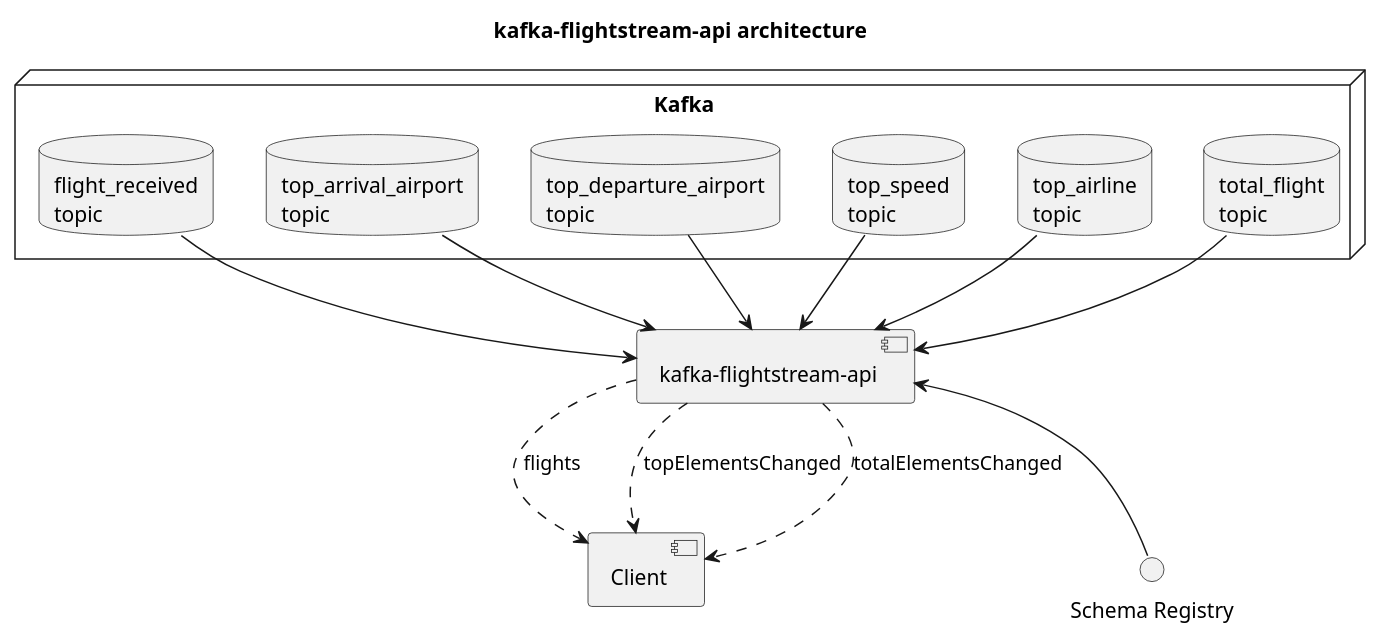
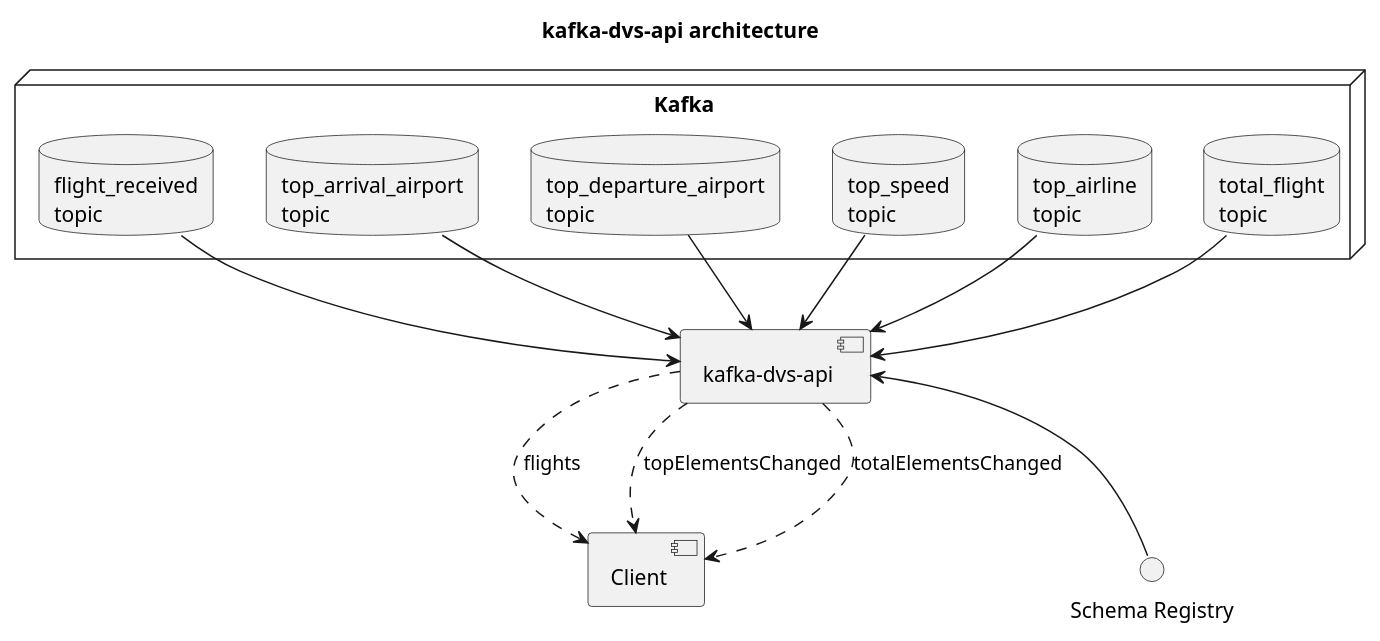
The diagram in docs/diagram.puml (bitrockteam/kafka-dvs-api), drawn with PlantUML before and after one commit. The commit also changed 82 other files, not shown here.

Commit message:
FLIG-59 Replace occurrencies of flightstream with dvs

```diff
--- a/docs/diagram.puml
+++ b/docs/diagram.puml
@@ -1,28 +1,28 @@
 @startuml
-title kafka-flightstream-api architecture
+title kafka-dvs-api architecture
 
-[kafka-flightstream-api] as API
+[kafka-dvs-api] as API
 [Client] as client
 
 interface "Schema Registry" as SchemaRegistry
 
 node Kafka {
     database "flight_received\ntopic" as FlightTopic
     database "top_arrival_airport\ntopic" as TopArrivalAirportTopic
     database "top_departure_airport\ntopic" as TopDepartureAirportTopic
     database "top_speed\ntopic" as TopSpeedTopic
     database "top_airline\ntopic" as TopAirlineTopic
     database "total_flight\ntopic" as TotalFlightTopic
 }
 
 FlightTopic --> API
 TopArrivalAirportTopic --> API
 TopDepartureAirportTopic --> API
 TopSpeedTopic --> API
 TopAirlineTopic --> API
 TotalFlightTopic --> API
 API <-- SchemaRegistry
 API ..> client : flights
 API ..> client : topElementsChanged
 API ..> client : totalElementsChanged
 @enduml
```
